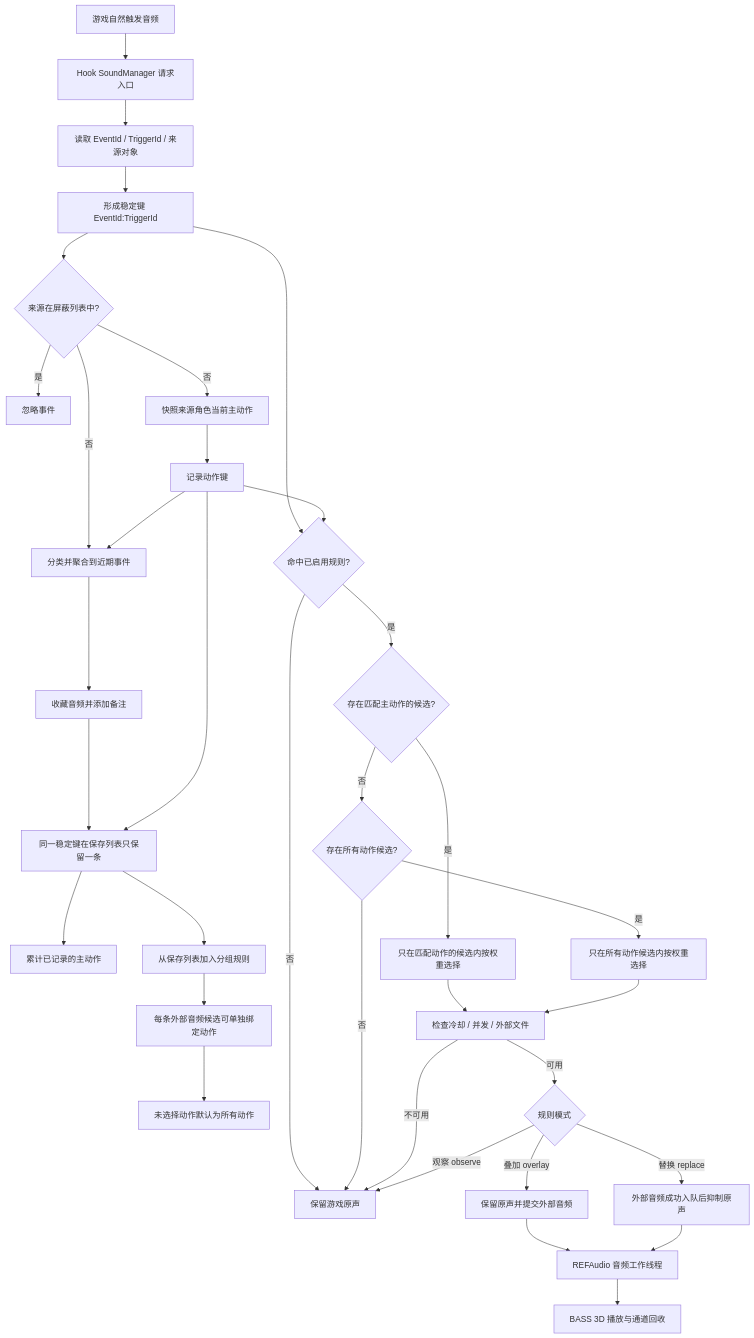
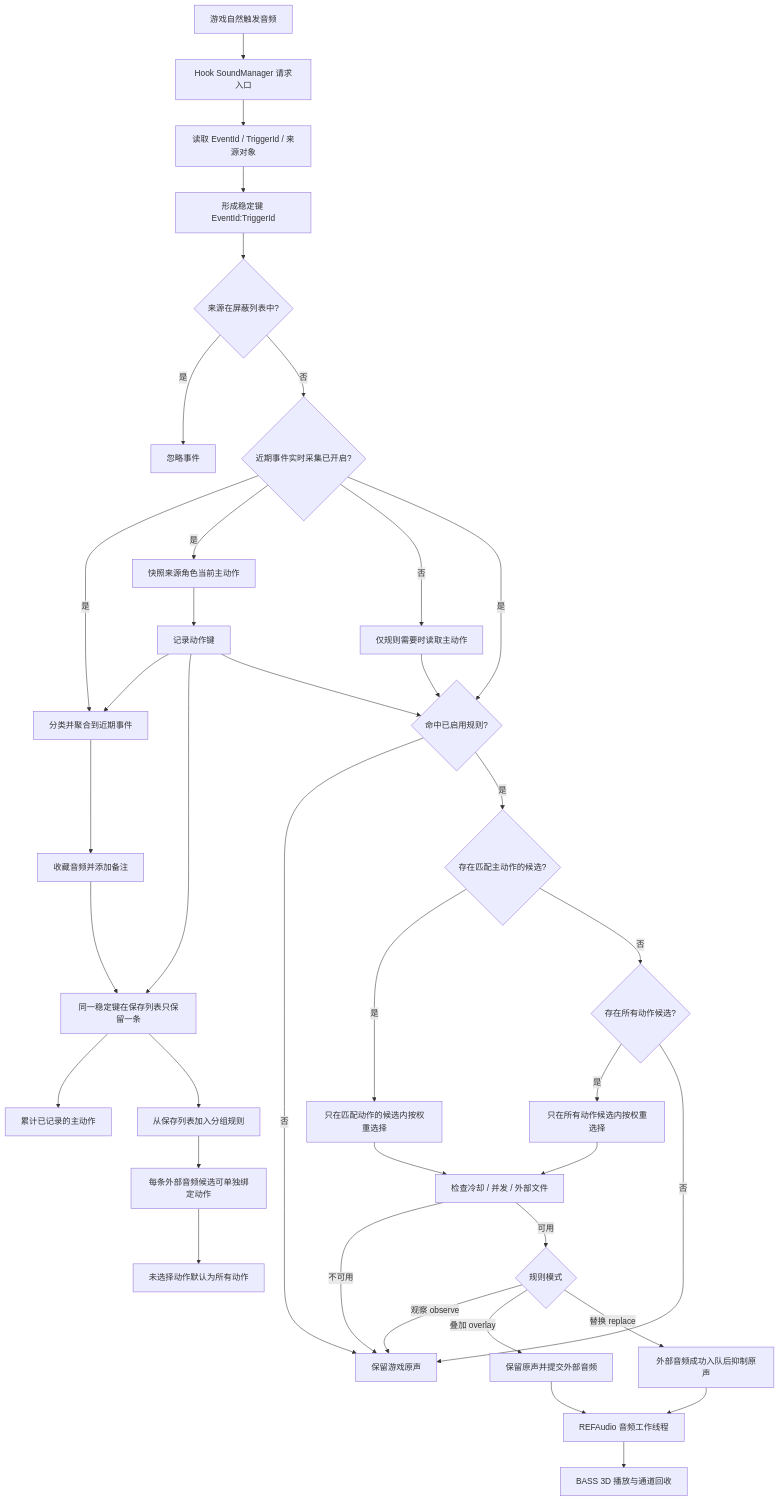
One commit to Monkeysama/MHWS-Voice-Controller changed the diagram in README.md. Above: the diagram before and after it, drawn with Mermaid. The commit also changed other lines of this file and 17 other files, not shown here.

````diff
--- a/README.md
+++ b/README.md
@@ -8,37 +8,40 @@
 ```mermaid
 flowchart TD
     A[游戏自然触发音频] --> B[Hook SoundManager 请求入口]
     B --> C[读取 EventId / TriggerId / 来源对象]
     C --> D[形成稳定键 EventId:TriggerId]
     D --> E{来源在屏蔽列表中?}
     E -- 是 --> F[忽略事件]
-    E -- 否 --> G[分类并聚合到近期事件]
-    E -- 否 --> AC[快照来源角色当前主动作]
+    E -- 否 --> CAP{近期事件实时采集已开启?}
+    CAP -- 是 --> G[分类并聚合到近期事件]
+    CAP -- 是 --> AC[快照来源角色当前主动作]
+    CAP -- 否 --> RA[仅规则需要时读取主动作]
+    RA --> J{命中已启用规则?}
+    CAP -- 是 --> J
     AC --> AK[记录动作键]
     AK --> G
     G --> H[收藏音频并添加备注]
     H --> I[同一稳定键在保存列表只保留一条]
     AK --> I
     I --> IA[累计已记录的主动作]
     I --> R[从保存列表加入分组规则]
     R --> RC[每条外部音频候选可单独绑定动作]
     RC --> RD[未选择动作默认为所有动作]
-    D --> J{命中已启用规则?}
     AK --> J
     J -- 否 --> K[保留游戏原声]
     J -- 是 --> JA{存在匹配主动作的候选?}
     JA -- 是 --> JB[只在匹配动作的候选内按权重选择]
     JA -- 否 --> JC{存在所有动作候选?}
     JC -- 是 --> JD[只在所有动作候选内按权重选择]
     JC -- 否 --> K
     JB --> L[检查冷却 / 并发 / 外部文件]
     JD --> L
     L -- 不可用 --> K
     L -- 可用 --> M{规则模式}
     M -- 观察 observe --> K
     M -- 叠加 overlay --> N[保留原声并提交外部音频]
     M -- 替换 replace --> O[外部音频成功入队后抑制原声]
     N --> P[REFAudio 音频工作线程]
     O --> P
     P --> Q[BASS 3D 播放与通道回收]
 ```
````
